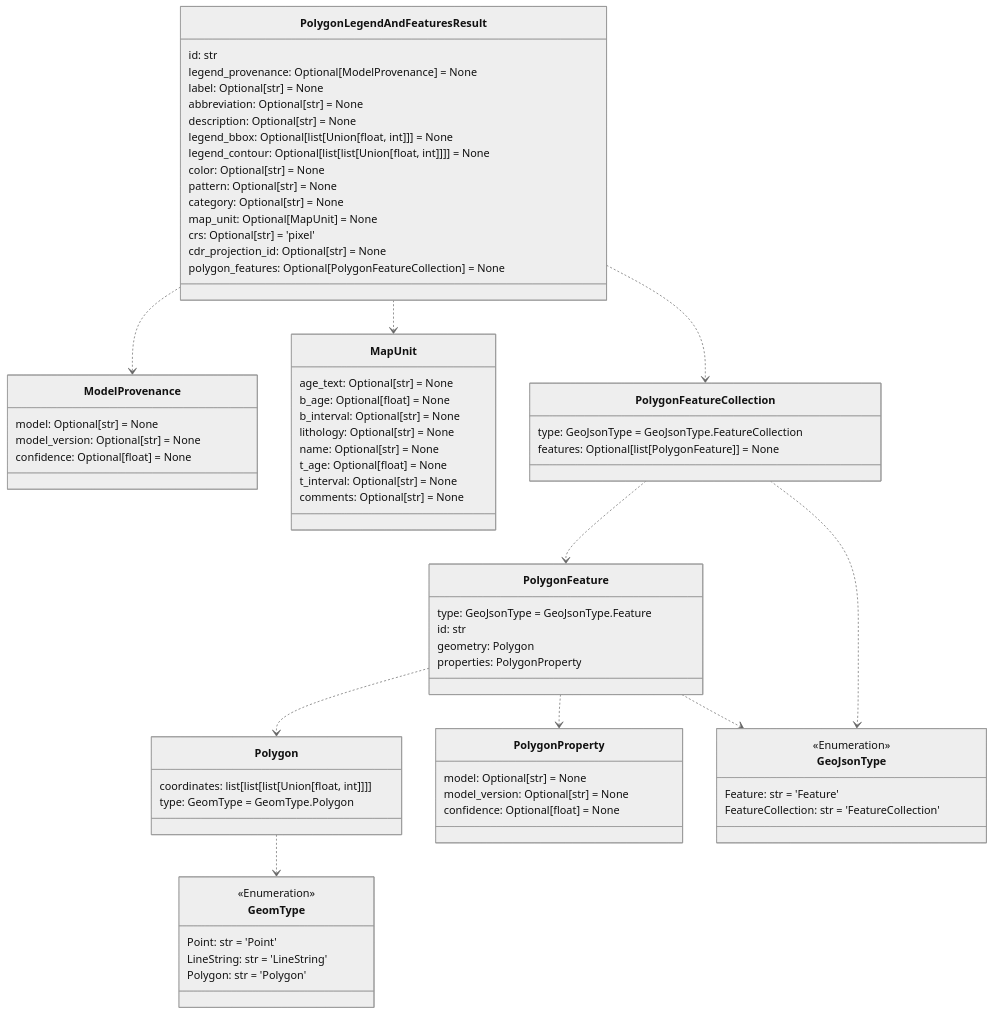
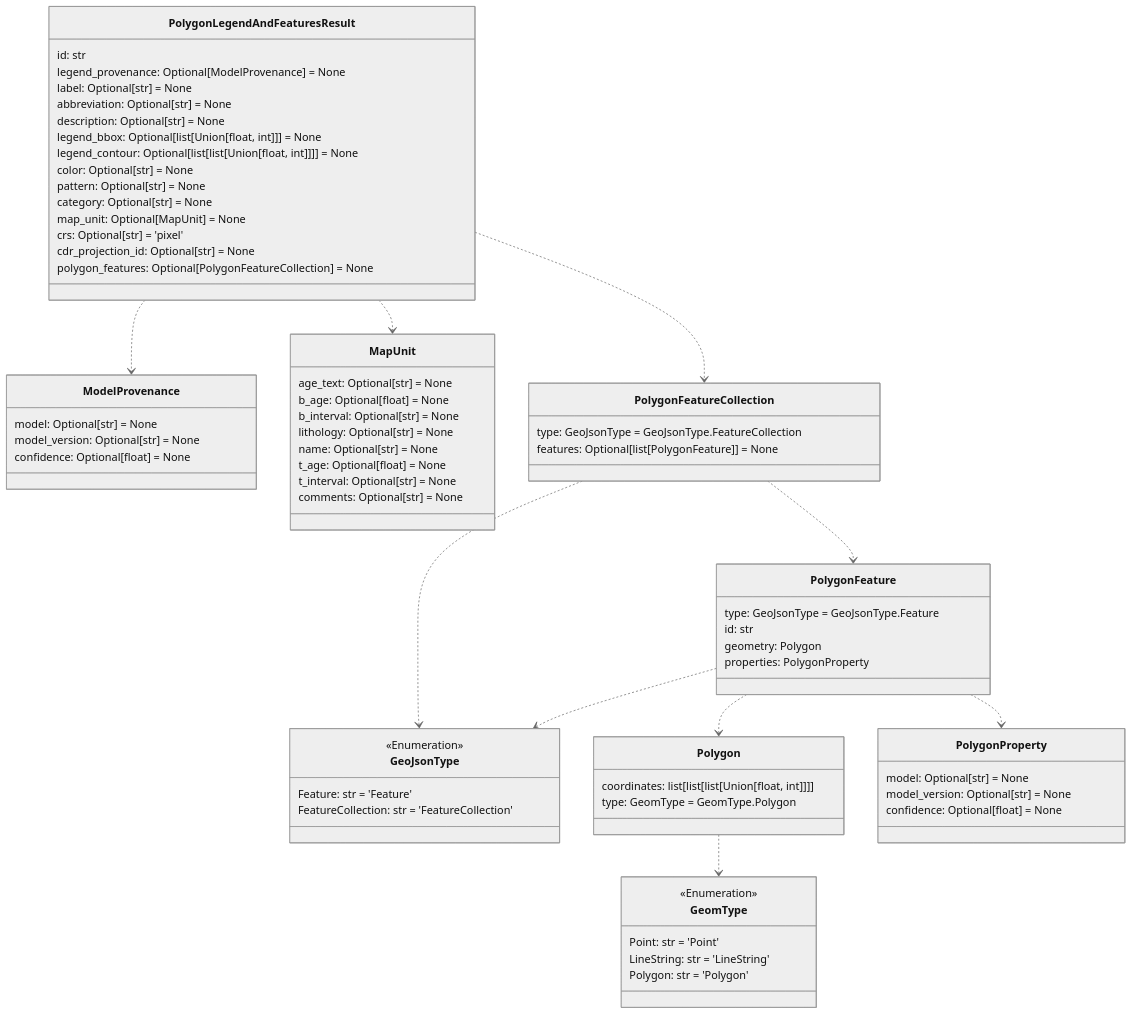
Before and after one commit to DARPA-CRITICALMAAS/cdr_schemas: the seventh of 12 diagrams in README.md, drawn with Mermaid (neutral theme). The commit also changed other lines of this file and 1 other file, not shown here.

Commit message:
version bump

````diff
--- a/README.md
+++ b/README.md
@@ -520,5 +520,11 @@
 ```mermaid
 classDiagram
+
+    class GeoJsonType {
+        <<Enumeration>>
+        Feature: str = 'Feature'
+        FeatureCollection: str = 'FeatureCollection'
+    }
 
     class ModelProvenance {
         model: Optional[str] = None
@@ -542,6 +548,12 @@
         type: GeomType = GeomType.Polygon
     }
 
+    class PolygonProperty {
+        model: Optional[str] = None
+        model_version: Optional[str] = None
+        confidence: Optional[float] = None
+    }
+
     class PolygonLegendAndFeaturesResult {
         id: str
         legend_provenance: Optional[ModelProvenance] = None
@@ -559,9 +571,11 @@
         polygon_features: Optional[PolygonFeatureCollection] = None
     }
 
-    class PolygonFeatureCollection {
-        type: GeoJsonType = GeoJsonType.FeatureCollection
-        features: Optional[list[PolygonFeature]] = None
+    class GeomType {
+        <<Enumeration>>
+        Point: str = 'Point'
+        LineString: str = 'LineString'
+        Polygon: str = 'Polygon'
     }
 
     class PolygonFeature {
@@ -571,34 +585,20 @@
         properties: PolygonProperty
     }
 
-    class PolygonProperty {
-        model: Optional[str] = None
-        model_version: Optional[str] = None
-        confidence: Optional[float] = None
-    }
-
-    class GeomType {
-        <<Enumeration>>
-        Point: str = 'Point'
-        LineString: str = 'LineString'
-        Polygon: str = 'Polygon'
-    }
-
-    class GeoJsonType {
-        <<Enumeration>>
-        Feature: str = 'Feature'
-        FeatureCollection: str = 'FeatureCollection'
+    class PolygonFeatureCollection {
+        type: GeoJsonType = GeoJsonType.FeatureCollection
+        features: Optional[list[PolygonFeature]] = None
     }
 
     Polygon ..> GeomType
     PolygonFeature ..> PolygonProperty
+    PolygonFeature ..> GeoJsonType
     PolygonFeature ..> Polygon
-    PolygonFeature ..> GeoJsonType
+    PolygonFeatureCollection ..> GeoJsonType
     PolygonFeatureCollection ..> PolygonFeature
-    PolygonFeatureCollection ..> GeoJsonType
     PolygonLegendAndFeaturesResult ..> ModelProvenance
+    PolygonLegendAndFeaturesResult ..> MapUnit
     PolygonLegendAndFeaturesResult ..> PolygonFeatureCollection
-    PolygonLegendAndFeaturesResult ..> MapUnit
 
 
 ```
````
